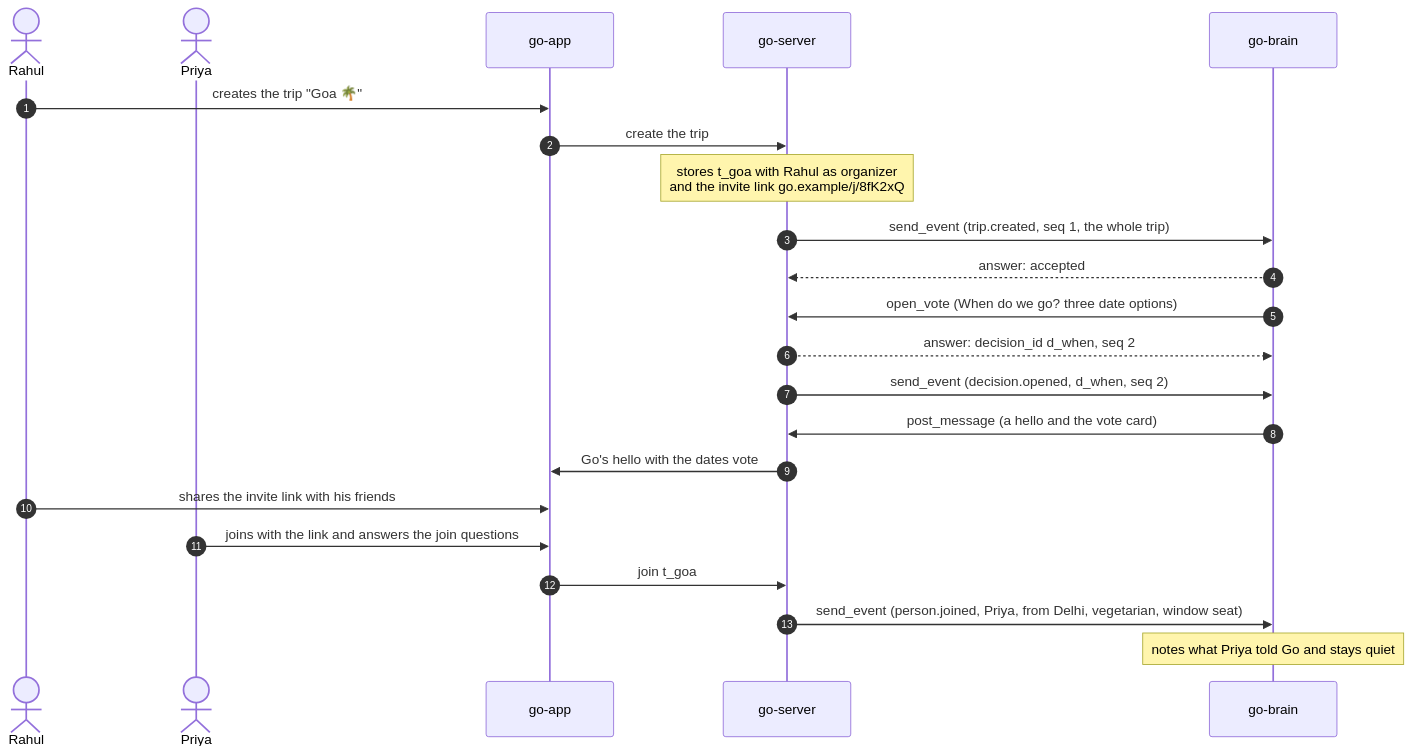
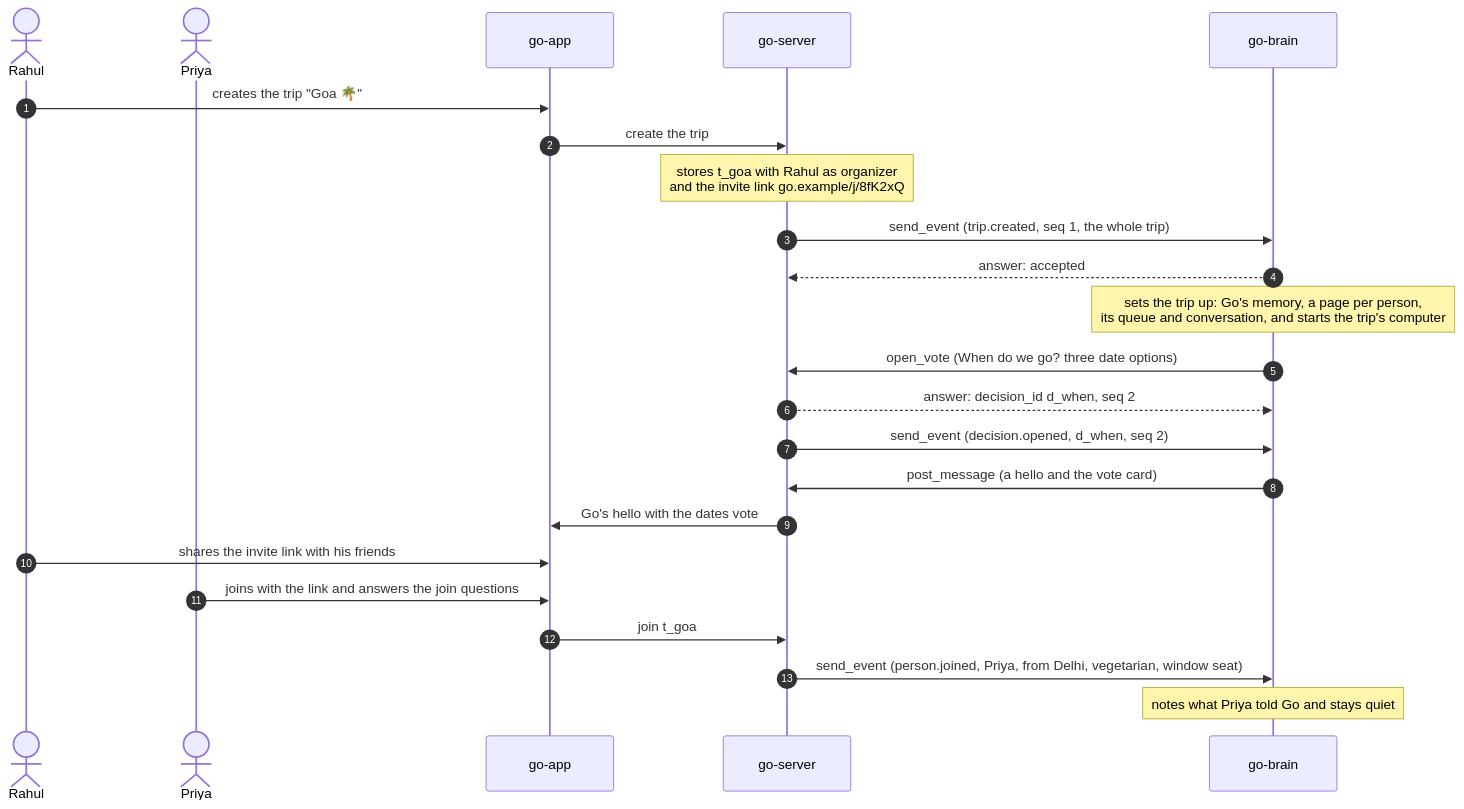
One commit to vestra-ai/go-brain changed the second of 8 diagrams in docs/guide/09-flows.md. Above: the diagram before and after it, drawn with Mermaid. The commit also changed other lines of this file and 5 other files, not shown here.

````diff
--- a/docs/guide/09-flows.md
+++ b/docs/guide/09-flows.md
@@ -53,24 +53,25 @@
 ```mermaid
 sequenceDiagram
   autonumber
   actor Rahul
   actor Priya
   participant app as go-app
   participant server as go-server
   participant brain as go-brain
   Rahul->>app: creates the trip "Goa 🌴"
   app->>server: create the trip
   Note over server: stores t_goa with Rahul as organizer<br/>and the invite link go.example/j/8fK2xQ
   server->>brain: send_event (trip.created, seq 1, the whole trip)
   brain-->>server: answer: accepted
+  Note over brain: sets the trip up: Go's memory, a page per person,<br/>its queue and conversation, and starts the trip's computer
   brain->>server: open_vote (When do we go? three date options)
   server-->>brain: answer: decision_id d_when, seq 2
   server->>brain: send_event (decision.opened, d_when, seq 2)
   brain->>server: post_message (a hello and the vote card)
   server->>app: Go's hello with the dates vote
   Rahul->>app: shares the invite link with his friends
   Priya->>app: joins with the link and answers the join questions
   app->>server: join t_goa
   server->>brain: send_event (person.joined, Priya, from Delhi, vegetarian, window seat)
   Note over brain: notes what Priya told Go and stays quiet
 ```
````
